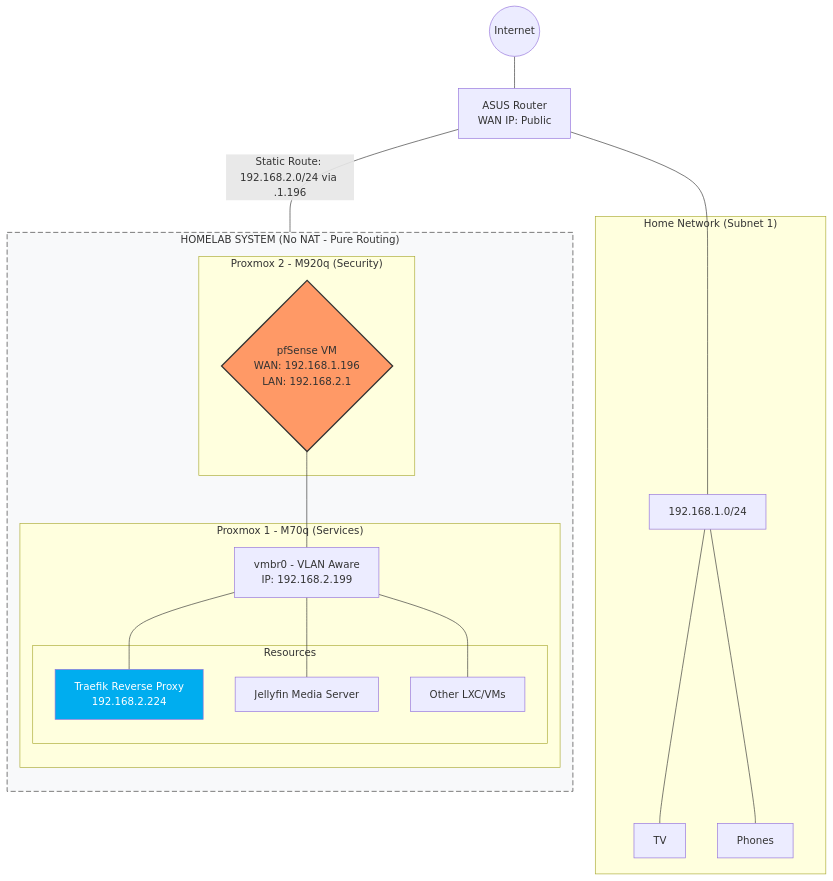
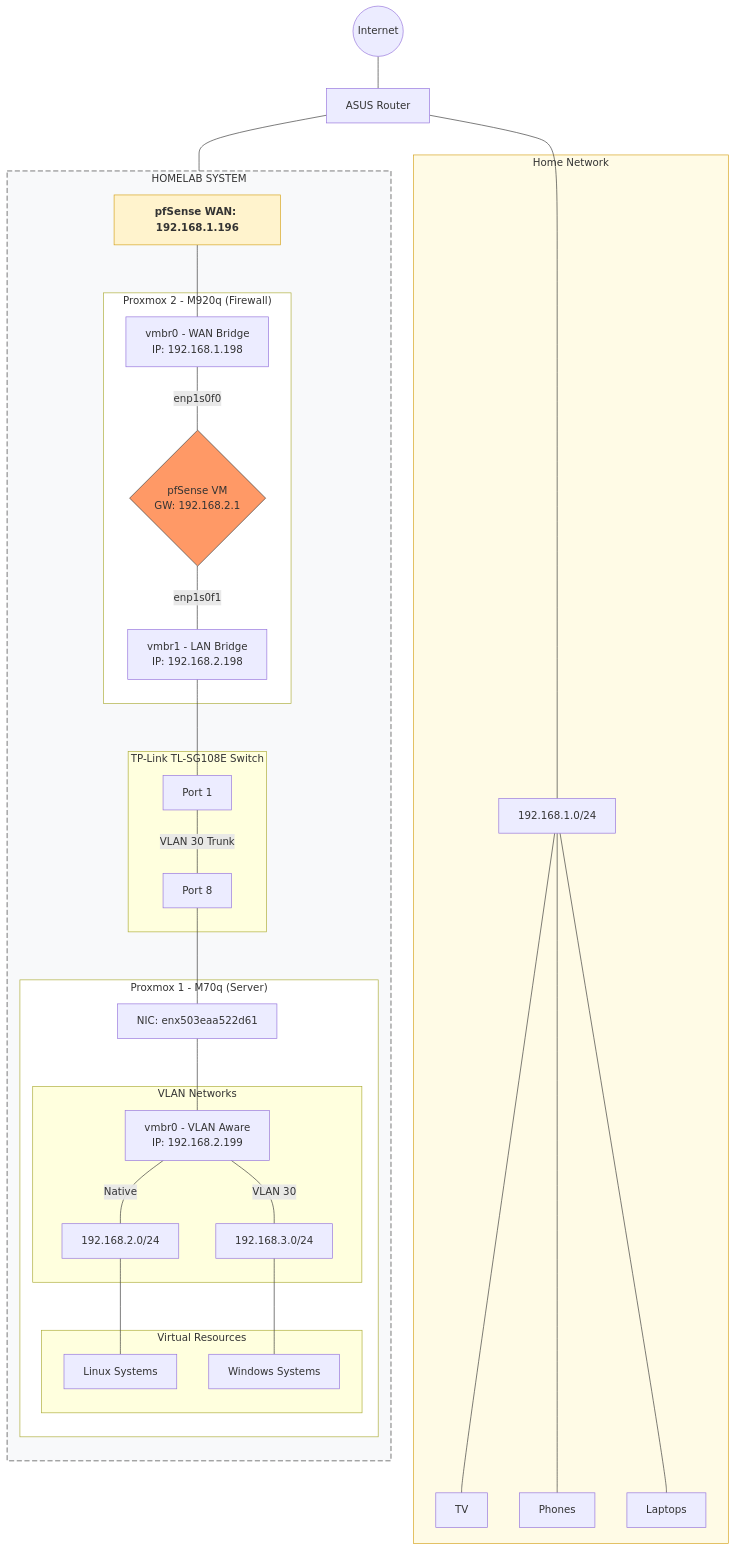
Before and after one commit to torokrolf/homelab: the diagram in README.md, drawn with Mermaid. The commit also changed other lines of this file, not shown here.

````diff
--- a/README.md
+++ b/README.md
@@ -87,49 +87,72 @@
 ```mermaid
 graph TD
     %% Global
-    Internet((Internet)) --- Asus[ASUS Router <br/> WAN IP: Public]
+    Internet((Internet)) --- Asus[ASUS Router]
 
     %% Home Network Section
-    subgraph Home_Net ["Home Network (Subnet 1)"]
+    subgraph Home_Net ["Home Network"]
         Subnet["192.168.1.0/24"]
         TV["TV"]
         Phone["Phones"]
+        Laptop["Laptops"]
     end
     Asus --- Subnet
     Subnet --- TV
     Subnet --- Phone
+    Subnet --- Laptop
 
-    %% The Connection (Static Route on ASUS)
-    Asus -- "Static Route: 192.168.2.0/24 via .1.196" --- pfS
+    %% Homelab Entry Point
+    Entry_IP["pfSense WAN: 192.168.1.196"]
+    Asus --- Entry_IP
 
     %% HOMELAB SYSTEM
-    subgraph Homelab_System ["HOMELAB SYSTEM (No NAT - Pure Routing)"]
+    subgraph Homelab_System ["HOMELAB SYSTEM"]
         direction TB
 
         %% Node2 - Firewall Node
-        subgraph Node2 ["Proxmox 2 - M920q (Security)"]
-            pfS{pfSense VM <br/> WAN: 192.168.1.196 <br/> LAN: 192.168.2.1}
+        subgraph Node2 ["Proxmox 2 - M920q (Firewall)"]
+            P2_WAN["vmbr0 - WAN Bridge <br/> IP: 192.168.1.198"]
+            pfS{pfSense VM <br/> GW: 192.168.2.1}
+            P2_LAN["vmbr1 - LAN Bridge <br/> IP: 192.168.2.198"]
+
+            P2_WAN -- "enp1s0f0" --- pfS
+            pfS -- "enp1s0f1" --- P2_LAN
         end
 
+        Entry_IP --- P2_WAN
+
+        %% Physical Switch
+        subgraph Switch ["TP-Link TL-SG108E Switch"]
+            SW_P1[Port 1] -- "VLAN 30 Trunk" --- SW_P8[Port 8]
+        end
+
+        P2_LAN --- SW_P1
+        SW_P8 --- P1_NIC
+
         %% Node1 - Compute Node
-        subgraph Node1 ["Proxmox 1 - M70q (Services)"]
+        subgraph Node1 ["Proxmox 1 - M70q (Server)"]
+            P1_NIC["NIC: enx503eaa522d61"]
             P1_Bridge["vmbr0 - VLAN Aware <br/> IP: 192.168.2.199"]
-            
-            subgraph VMs ["Resources"]
-                Traefik["Traefik Reverse Proxy <br/> 192.168.2.224"]
-                Jellyfin["Jellyfin Media Server"]
-                Apps["Other LXC/VMs"]
+
+            P1_NIC --- P1_Bridge
+
+            subgraph Subnets ["VLAN Networks"]
+                P1_Bridge -- "Native" --- LAN2["192.168.2.0/24"]
+                P1_Bridge -- "VLAN 30" --- VLAN3["192.168.3.0/24"]
+            end
+
+            subgraph VMs ["Virtual Resources"]
+                LAN2 --- Linux["Linux Systems"]
+                VLAN3 --- Windows["Windows Systems"]
             end
         end
-
-        pfS --- P1_Bridge
-        P1_Bridge --- Traefik
-        P1_Bridge --- Jellyfin
-        P1_Bridge --- Apps
     end
 
     %% Styles
-    style pfS fill:#f96,stroke:#333,stroke-width:2px
+    style Home_Net fill:#fffbe6,stroke:#d4a017
+    style Entry_IP fill:#fff3cd,stroke:#d4a017,font-weight:bold
+    style pfS fill:#f96,stroke:#333
     style Homelab_System fill:#f8f9fa,stroke:#333,stroke-dasharray: 8 4
-    style Traefik fill:#00adef,color:#fff
+    style Node1 fill:#fff
+    style Node2 fill:#fff
 ```
````
